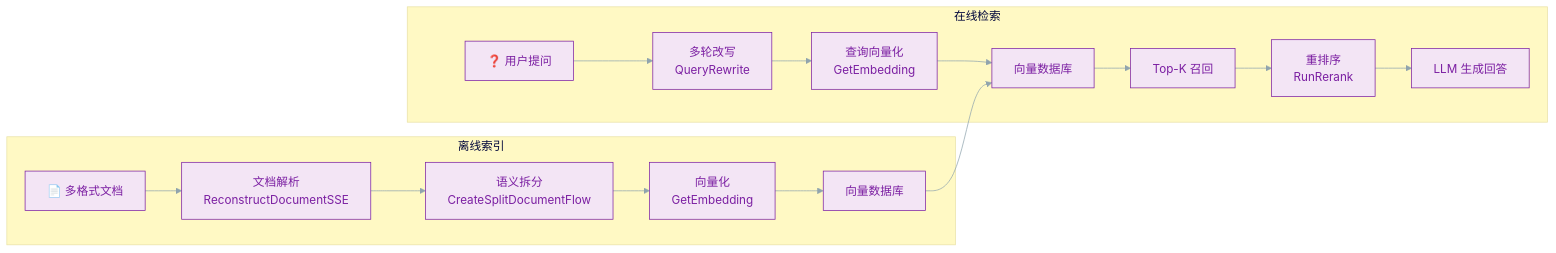
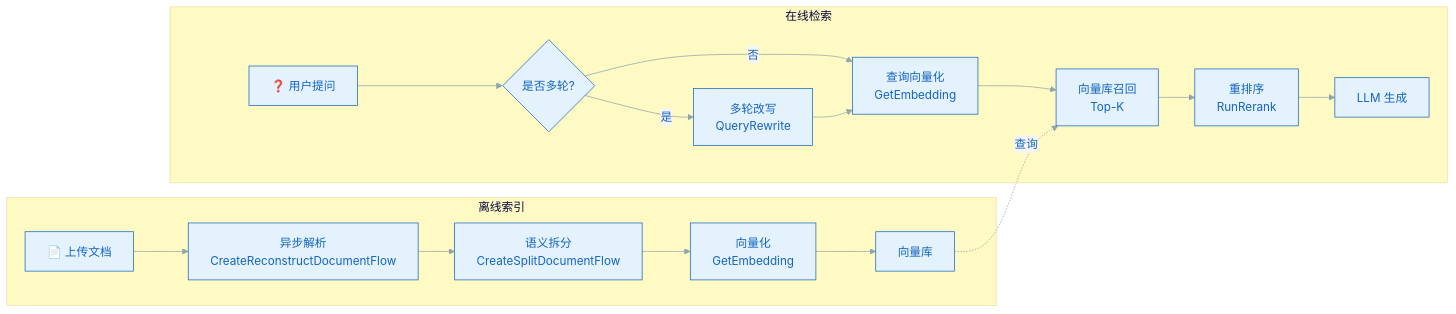
Before and after one commit to tanteng/blog: the diagram in content/posts/tencent-cloud-knowledge-engine-rag-practice.md, drawn with Mermaid. The commit also changed other lines of this file, not shown here.

````diff
--- a/content/posts/tencent-cloud-knowledge-engine-rag-practice.md
+++ b/content/posts/tencent-cloud-knowledge-engine-rag-practice.md
@@ -258,21 +56,22 @@
 ```mermaid
-%%{init: {'theme': 'base', 'themeVariables': {'primaryColor': '#f3e5f5', 'primaryTextColor': '#7b1fa2', 'primaryBorderColor': '#7b1fa2', 'lineColor': '#90a4ae', 'secondaryColor': '#e1bee7', 'tertiaryColor': '#fff9c4'}}}%%
+%%{init: {'theme': 'base', 'themeVariables': {'primaryColor': '#e3f2fd', 'primaryTextColor': '#1565c0', 'primaryBorderColor': '#1565c0', 'lineColor': '#90a4ae', 'secondaryColor': '#f5f5f5', 'tertiaryColor': '#fff9c4'}}}%%
 flowchart LR
     subgraph 离线索引
-        A1["📄 多格式文档"] --> A2["文档解析<br/>ReconstructDocumentSSE"]
+        A1["📄 上传文档"] --> A2["异步解析<br/>CreateReconstructDocumentFlow"]
         A2 --> A3["语义拆分<br/>CreateSplitDocumentFlow"]
         A3 --> A4["向量化<br/>GetEmbedding"]
-        A4 --> A5["向量数据库"]
+        A4 --> A5["向量库"]
     end
 
     subgraph 在线检索
-        B1["❓ 用户提问"] --> B2["多轮改写<br/>QueryRewrite"]
-        B2 --> B3["查询向量化<br/>GetEmbedding"]
-        B3 --> B5["向量数据库"]
-        B5 --> B6["Top-K 召回"]
-        B6 --> B7["重排序<br/>RunRerank"]
-        B7 --> B8["LLM 生成回答"]
+        B1["❓ 用户提问"] --> B2{"是否多轮?"}
+        B2 -->|"是"| B3["多轮改写<br/>QueryRewrite"]
+        B2 -->|"否"| B4
+        B3 --> B4["查询向量化<br/>GetEmbedding"]
+        B4 --> B5["向量库召回<br/>Top-K"]
+        B5 --> B6["重排序<br/>RunRerank"]
+        B6 --> B7["LLM 生成"]
     end
 
-    A5 --> B5
+    A5 -.查询.-> B5
 ```
````
